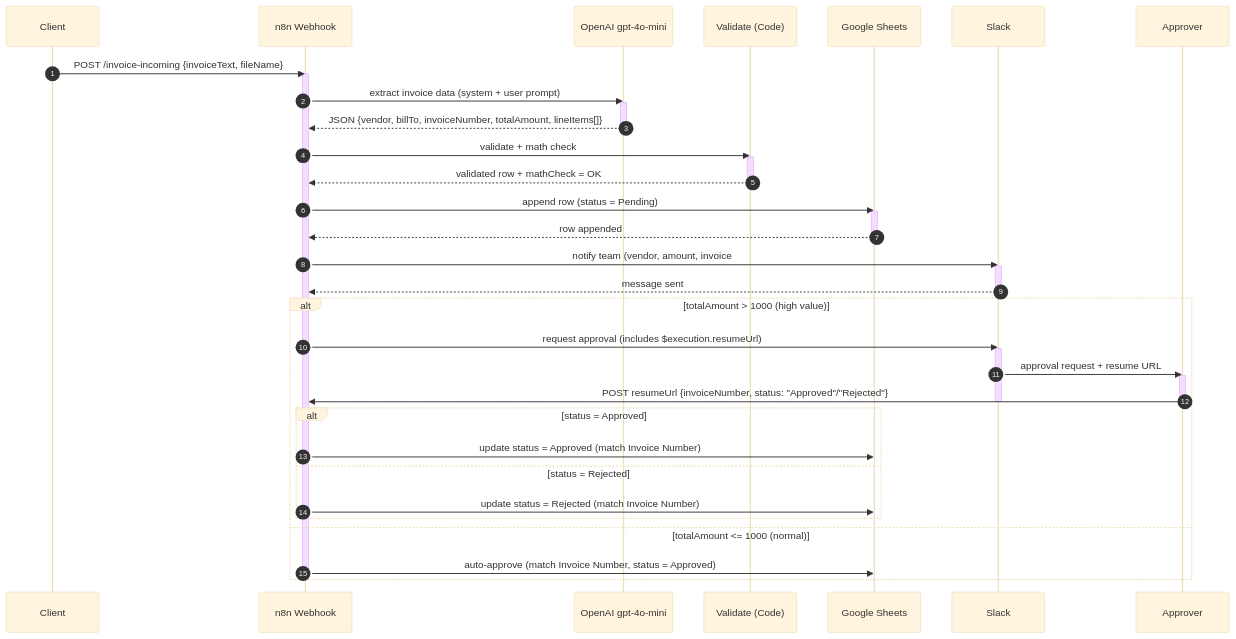
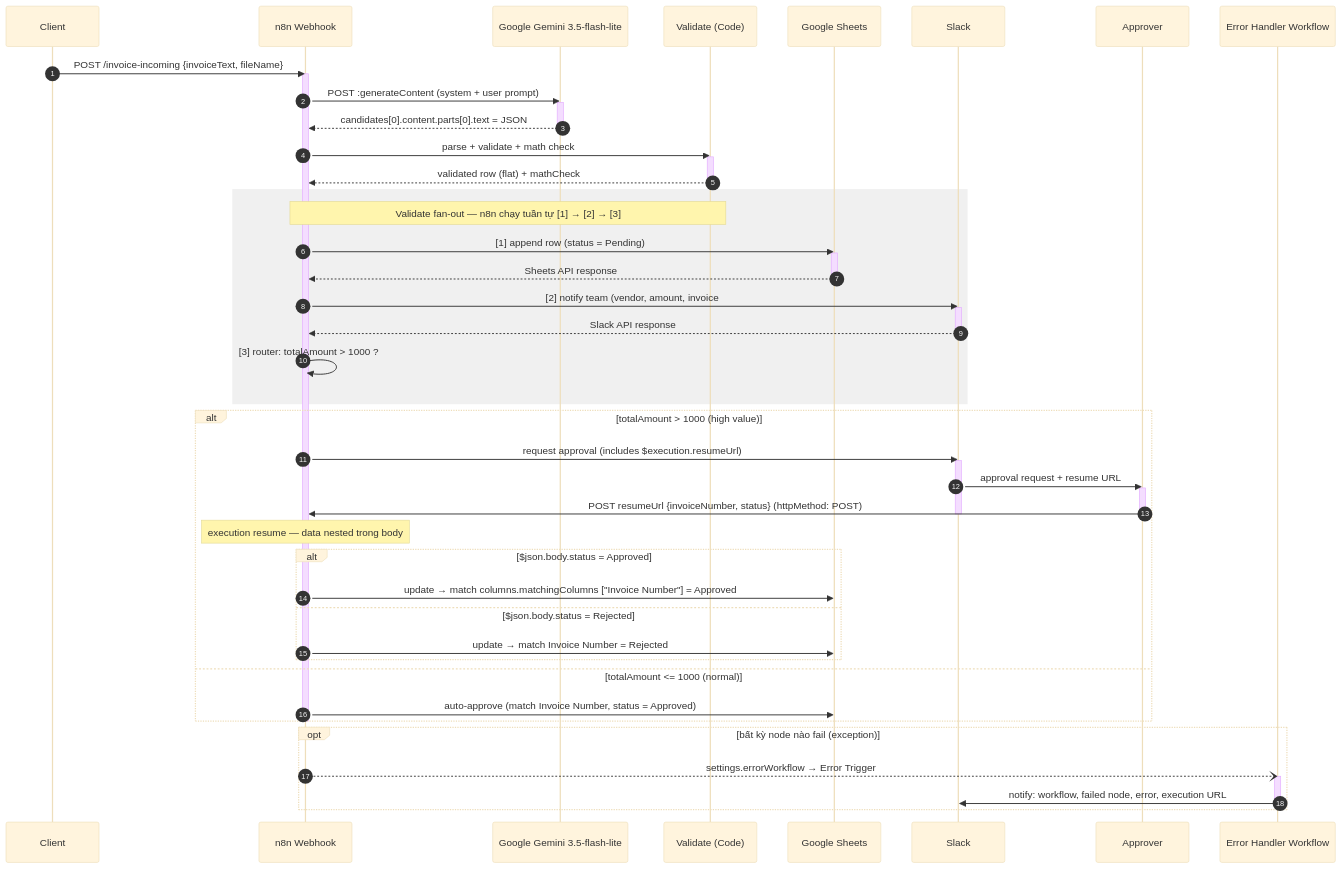
The diagram in sequence-diagram.md (DoTuanPhong/make_-Invoice-processing-automated-workflow), drawn with Mermaid (base theme) before and after one commit. The commit also changed other lines of this file and 4 other files, not shown here.

Commit message:
Refactor invoice processing workflow to integrate Google Gemini for AI extraction, update Slack notifications, and enhance error handling. Modify sequence and state diagrams to reflect changes in workflow logic and error management.

````diff
--- a/sequence-diagram.md
+++ b/sequence-diagram.md
@@ -7,48 +7,62 @@
 ```mermaid
 sequenceDiagram
     autonumber
     participant C as Client
     participant W as n8n Webhook
-    participant AI as OpenAI gpt-4o-mini
+    participant AI as Google Gemini 3.5-flash-lite
     participant V as Validate (Code)
     participant GS as Google Sheets
     participant SL as Slack
     participant AP as Approver
+    participant EH as Error Handler Workflow
 
     C->>W: POST /invoice-incoming {invoiceText, fileName}
     activate W
-    W->>AI: extract invoice data (system + user prompt)
+    W->>AI: POST :generateContent (system + user prompt)
     activate AI
-    AI-->>W: JSON {vendor, billTo, invoiceNumber, totalAmount, lineItems[]}
+    AI-->>W: candidates[0].content.parts[0].text = JSON
     deactivate AI
-    W->>V: validate + math check
+    W->>V: parse + validate + math check
     activate V
-    V-->>W: validated row + mathCheck = OK
+    V-->>W: validated row (flat) + mathCheck
     deactivate V
-    W->>GS: append row (status = Pending)
+
+    rect rgb(240, 240, 240)
+    Note over W,V: Validate fan-out — n8n chạy tuần tự [1] → [2] → [3]
+    W->>GS: [1] append row (status = Pending)
     activate GS
-    GS-->>W: row appended
+    GS-->>W: Sheets API response
     deactivate GS
-    W->>SL: notify team (vendor, amount, invoice#)
+    W->>SL: [2] notify team (vendor, amount, invoice#)
     activate SL
-    SL-->>W: message sent
+    SL-->>W: Slack API response
     deactivate SL
+    W->>W: [3] router: totalAmount > 1000 ?
+    end
 
     alt totalAmount > 1000 (high value)
         W->>SL: request approval (includes $execution.resumeUrl)
         activate SL
         SL->>AP: approval request + resume URL
         activate AP
-        AP->>W: POST resumeUrl {invoiceNumber, status: "Approved"/"Rejected"}
+        AP->>W: POST resumeUrl {invoiceNumber, status} (httpMethod: POST)
         deactivate AP
         deactivate SL
-        alt status = Approved
-            W->>GS: update status = Approved (match Invoice Number)
-        else status = Rejected
-            W->>GS: update status = Rejected (match Invoice Number)
+        Note over W: execution resume — data nested trong body
+        alt $json.body.status = Approved
+            W->>GS: update → match columns.matchingColumns ["Invoice Number"] = Approved
+        else $json.body.status = Rejected
+            W->>GS: update → match Invoice Number = Rejected
         end
     else totalAmount <= 1000 (normal)
         W->>GS: auto-approve (match Invoice Number, status = Approved)
     end
     deactivate W
+
+    opt bất kỳ node nào fail (exception)
+        W--)EH: settings.errorWorkflow → Error Trigger
+        activate EH
+        EH->>SL: notify: workflow, failed node, error, execution URL
+        deactivate EH
+    end
 ```
````
